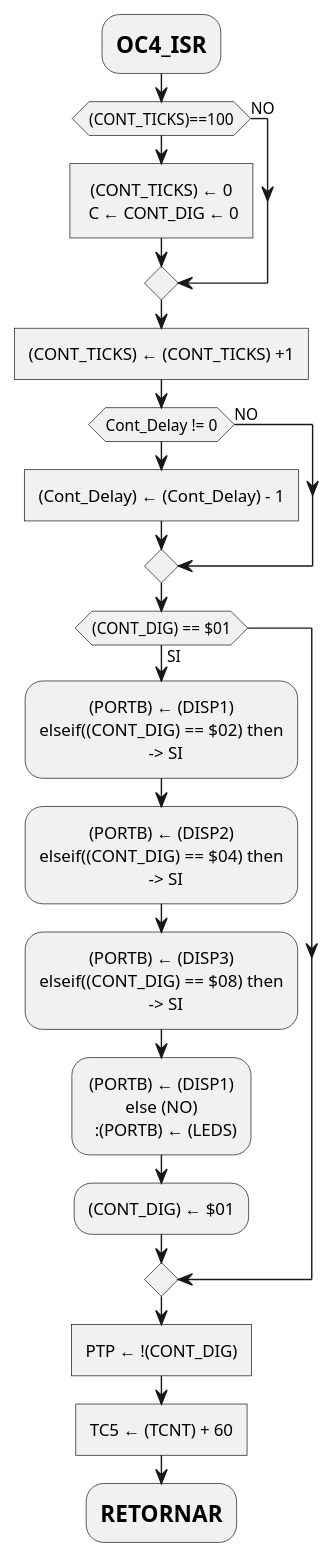
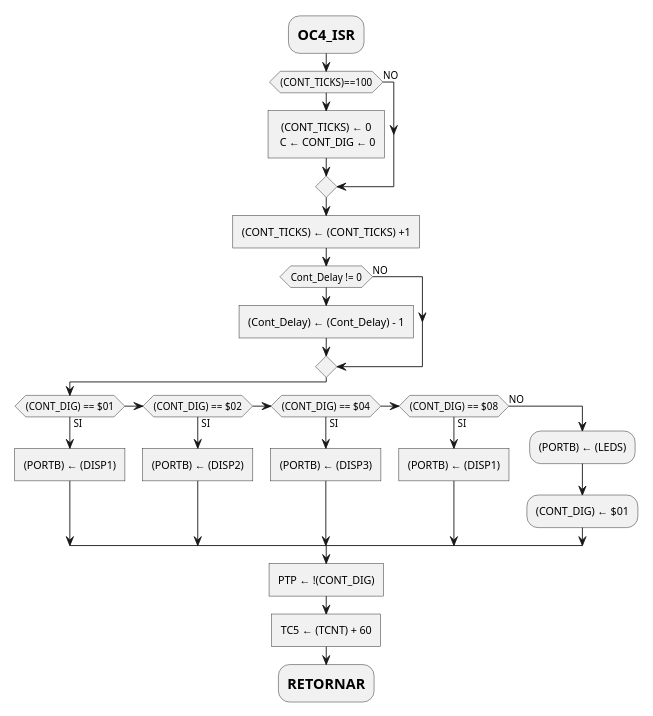
One commit to mlndz28/pr-623 changed the tenth of 23 diagrams in report.md. Above: the diagram before and after it, drawn with PlantUML. The commit also changed other lines of this file and 4 other files, not shown here.

Commit message:
docs: Parameters and diagrams

````diff
--- a/report.md
+++ b/report.md
@@ -309,37 +408,39 @@
 ```plantuml
 @startuml
+scale max 500 height
 skinparam monochrome true
 skinparam defaultTextAlignment center
 
 :=OC4_ISR;
 if((CONT_TICKS)==100) then
   :(CONT_TICKS) ← 0\n C ← CONT_DIG ← 0]
 else (NO)
 endif
 :(CONT_TICKS) ← (CONT_TICKS) +1]
 if(Cont_Delay != 0) then
   :(Cont_Delay) ← (Cont_Delay) - 1]
 else (NO)
 endif
 if((CONT_DIG) == $01) then
   -> SI;
-  :(PORTB) ← (DISP1)
+  :(PORTB) ← (DISP1)]
 elseif((CONT_DIG) == $02) then
   -> SI;
-  :(PORTB) ← (DISP2)
+  :(PORTB) ← (DISP2)]
 elseif((CONT_DIG) == $04) then
   -> SI;
-  :(PORTB) ← (DISP3)
+  :(PORTB) ← (DISP3)]
 elseif((CONT_DIG) == $08) then
   -> SI;
-  :(PORTB) ← (DISP1)
+  :(PORTB) ← (DISP1)]
 else (NO)
   :(PORTB) ← (LEDS);
   :(CONT_DIG) ← $01;
 endif
 
 :PTP ← !(CONT_DIG)]
 
 :TC5 ← (TCNT) + 60]
 :=RETORNAR;
+@enduml
 ```
````
